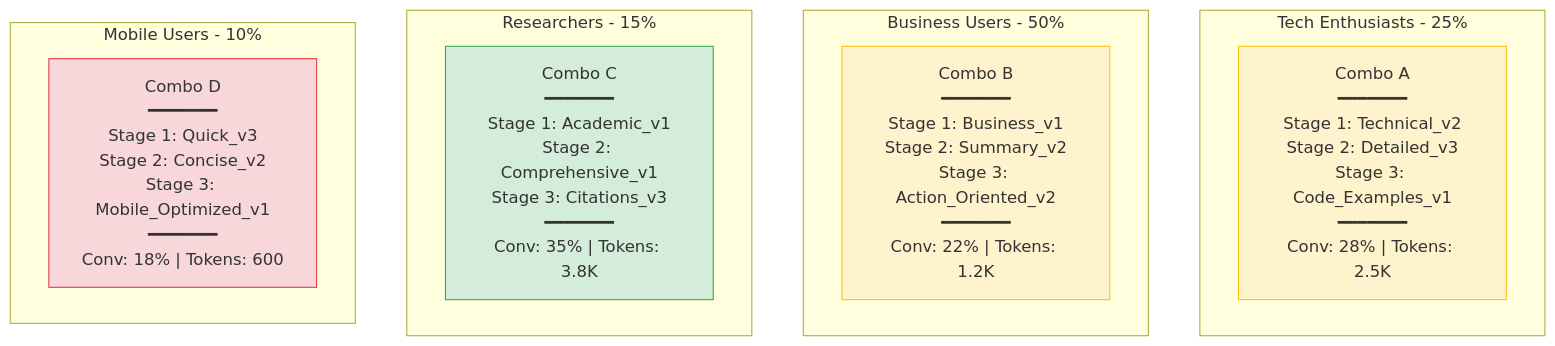
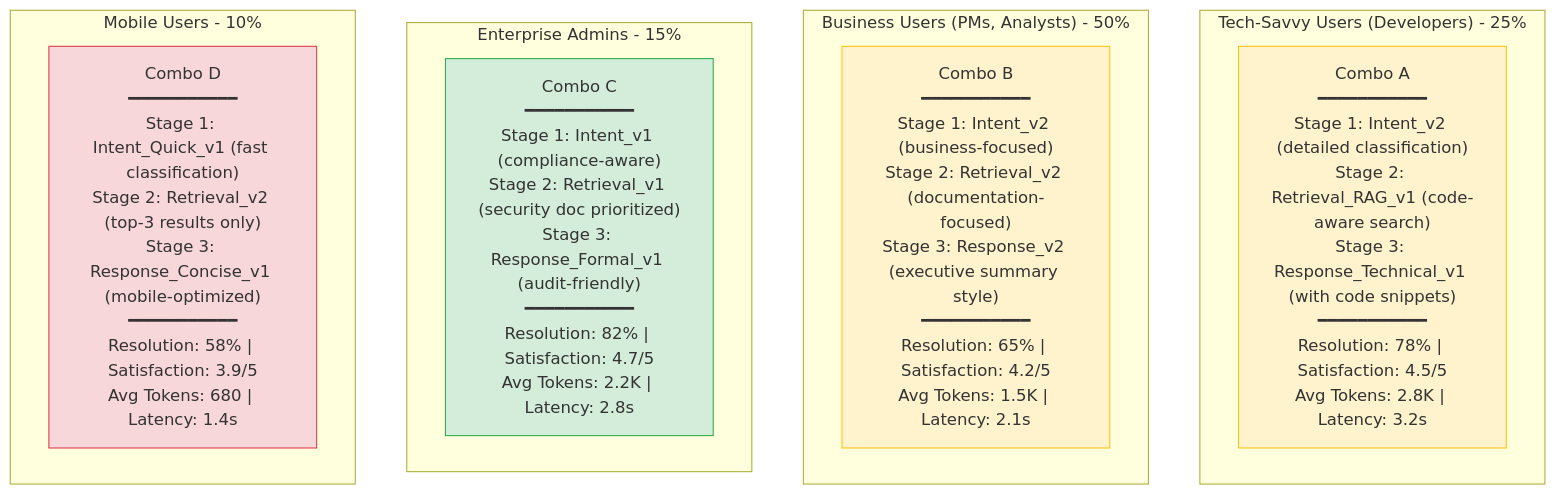
The sixth of 6 diagrams in insights-bh.md (featbit/agent-flag), drawn with Mermaid before and after one commit. The commit also changed other lines of this file, not shown here.

Commit message:
Enhance combinatorial prompt management insights by refining example workflows, clarifying prompt variations, and detailing user segment strategies for improved understanding and operational efficiency.

````diff
--- a/insights-bh.md
+++ b/insights-bh.md
@@ -300,30 +314,30 @@
 ```mermaid
 graph TB
-    subgraph Segment1[Tech Enthusiasts - 25%]
+    subgraph Segment1["Tech-Savvy Users (Developers) - 25%"]
         direction LR
-        F1["Combo A<br/>━━━━━━━<br/>Stage 1: Technical_v2<br/>Stage 2: Detailed_v3<br/>Stage 3: Code_Examples_v1<br/>━━━━━━━<br/>Conv: 28% | Tokens: 2.5K"]
+        F1["Combo A<br/>━━━━━━━━━━━<br/>Stage 1: Intent_v2 (detailed classification)<br/>Stage 2: Retrieval_RAG_v1 (code-aware search)<br/>Stage 3: Response_Technical_v1 (with code snippets)<br/>━━━━━━━━━━━<br/>Resolution: 78% | Satisfaction: 4.5/5<br/>Avg Tokens: 2.8K | Latency: 3.2s"]
     end
     
-    subgraph Segment2[Business Users - 50%]
+    subgraph Segment2["Business Users (PMs, Analysts) - 50%"]
         direction LR
-        F2["Combo B<br/>━━━━━━━<br/>Stage 1: Business_v1<br/>Stage 2: Summary_v2<br/>Stage 3: Action_Oriented_v2<br/>━━━━━━━<br/>Conv: 22% | Tokens: 1.2K"]
+        F2["Combo B<br/>━━━━━━━━━━━<br/>Stage 1: Intent_v2 (business-focused)<br/>Stage 2: Retrieval_v2 (documentation-focused)<br/>Stage 3: Response_v2 (executive summary style)<br/>━━━━━━━━━━━<br/>Resolution: 65% | Satisfaction: 4.2/5<br/>Avg Tokens: 1.5K | Latency: 2.1s"]
     end
     
-    subgraph Segment3[Researchers - 15%]
+    subgraph Segment3["Enterprise Admins - 15%"]
         direction LR
-        F3["Combo C<br/>━━━━━━━<br/>Stage 1: Academic_v1<br/>Stage 2: Comprehensive_v1<br/>Stage 3: Citations_v3<br/>━━━━━━━<br/>Conv: 35% | Tokens: 3.8K"]
+        F3["Combo C<br/>━━━━━━━━━━━<br/>Stage 1: Intent_v1 (compliance-aware)<br/>Stage 2: Retrieval_v1 (security doc prioritized)<br/>Stage 3: Response_Formal_v1 (audit-friendly)<br/>━━━━━━━━━━━<br/>Resolution: 82% | Satisfaction: 4.7/5<br/>Avg Tokens: 2.2K | Latency: 2.8s"]
     end
     
-    subgraph Segment4[Mobile Users - 10%]
+    subgraph Segment4["Mobile Users - 10%"]
         direction LR
-        F4["Combo D<br/>━━━━━━━<br/>Stage 1: Quick_v3<br/>Stage 2: Concise_v2<br/>Stage 3: Mobile_Optimized_v1<br/>━━━━━━━<br/>Conv: 18% | Tokens: 600"]
+        F4["Combo D<br/>━━━━━━━━━━━<br/>Stage 1: Intent_Quick_v1 (fast classification)<br/>Stage 2: Retrieval_v2 (top-3 results only)<br/>Stage 3: Response_Concise_v1 (mobile-optimized)<br/>━━━━━━━━━━━<br/>Resolution: 58% | Satisfaction: 3.9/5<br/>Avg Tokens: 680 | Latency: 1.4s"]
     end
     
     classDef best fill:#d4edda,stroke:#28a745
     classDef good fill:#fff3cd,stroke:#ffc107
     classDef okay fill:#f8d7da,stroke:#dc3545
     
     class F3 best
     class F1,F2 good
     class F4 okay
 ```
````
